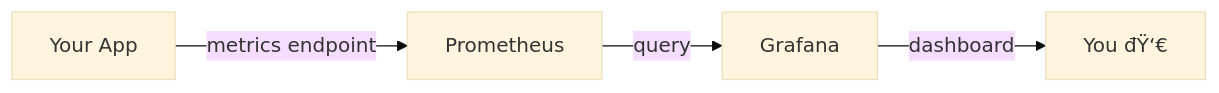
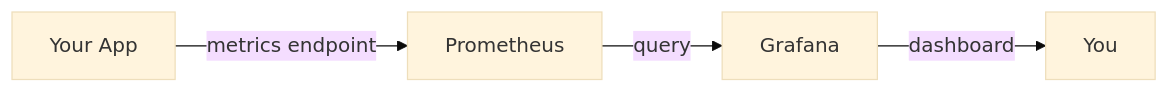
Before and after one commit to HuyHoangDevVN/student_handbook: the diagram in docs/devops/logging-monitoring.md, drawn with Mermaid (base theme). The commit also changed other lines of this file and 86 other files, not shown here.

````diff
--- a/docs/devops/logging-monitoring.md
+++ b/docs/devops/logging-monitoring.md
@@ -110,6 +113,6 @@
 ```mermaid
 graph LR
     A[Your App] -->|metrics endpoint| B[Prometheus]
     B -->|query| C[Grafana]
-    C -->|dashboard| D[You đŸ‘€]
+    C -->|dashboard| D[You]
 ```
````
